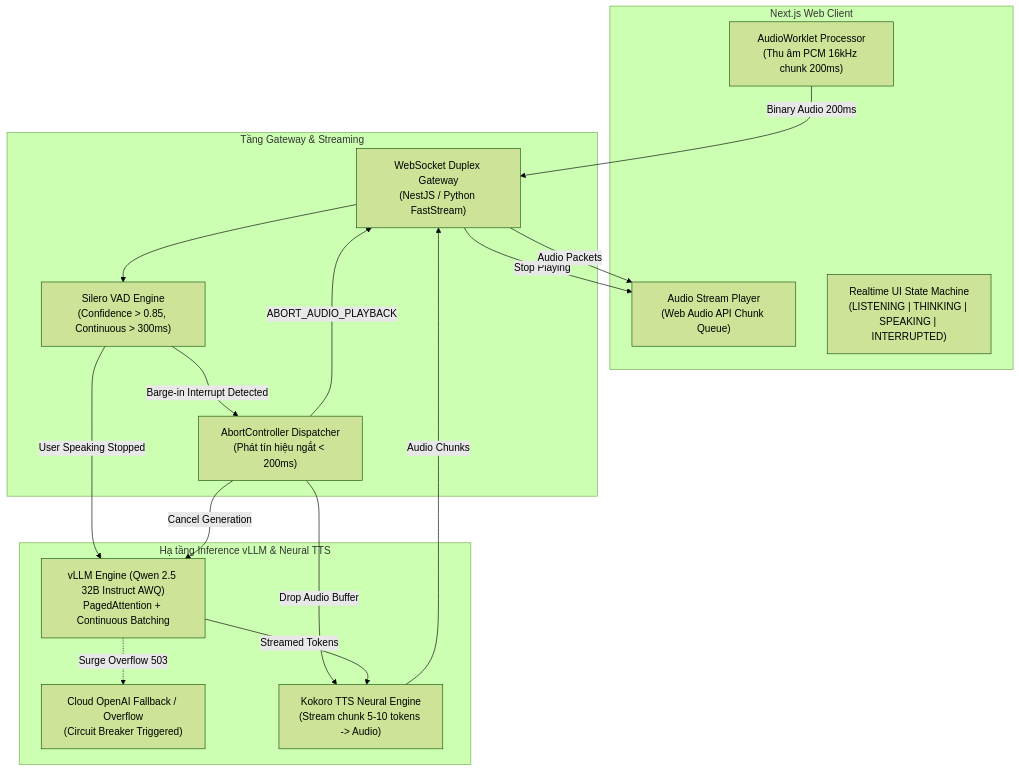
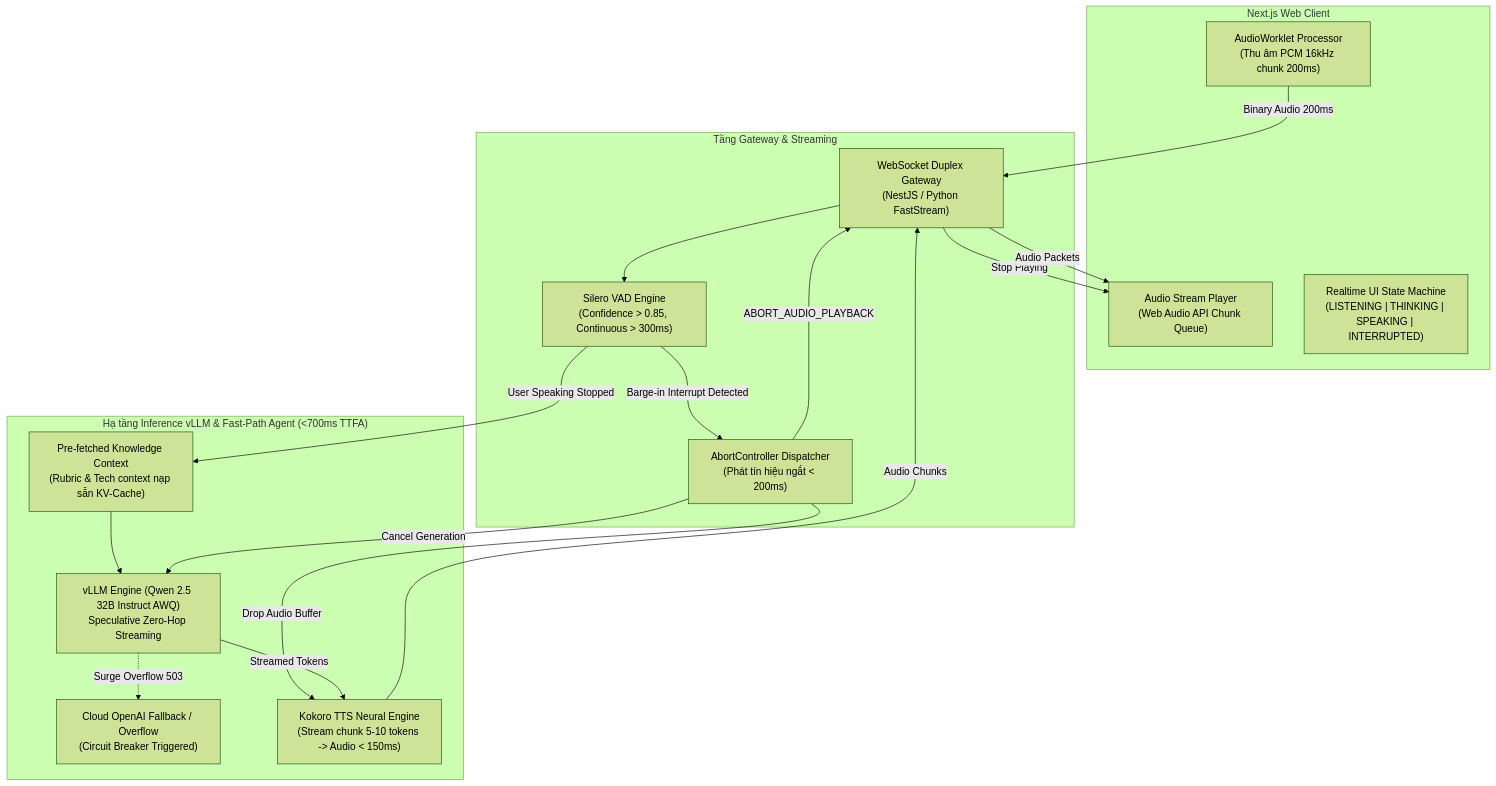
The diagram in docs/refactor-docs/04_PHASE_4_VLLM_SCALING/00_PHASE_4_OVERVIEW_AND_ARCHITECTURE.md (lethanhan01/interview-coach), drawn with Mermaid (forest theme) before and after one commit. The commit also changed other lines of this file and 17 other files, not shown here.

````diff
--- a/docs/refactor-docs/04_PHASE_4_VLLM_SCALING/00_PHASE_4_OVERVIEW_AND_ARCHITECTURE.md
+++ b/docs/refactor-docs/04_PHASE_4_VLLM_SCALING/00_PHASE_4_OVERVIEW_AND_ARCHITECTURE.md
@@ -16,34 +16,36 @@
 ```mermaid
 graph TD
     subgraph Client["Next.js Web Client"]
         AW["AudioWorklet Processor<br/>(Thu âm PCM 16kHz chunk 200ms)"]
         AP["Audio Stream Player<br/>(Web Audio API Chunk Queue)"]
         UI["Realtime UI State Machine<br/>(LISTENING | THINKING | SPEAKING | INTERRUPTED)"]
     end
 
     subgraph Gateways["Tầng Gateway & Streaming"]
         WS["WebSocket Duplex Gateway<br/>(NestJS / Python FastStream)"]
         VAD["Silero VAD Engine<br/>(Confidence > 0.85, Continuous > 300ms)"]
         AbortMgr["AbortController Dispatcher<br/>(Phát tín hiệu ngắt < 200ms)"]
     end
 
-    subgraph ComputeEngine["Hạ tầng Inference vLLM & Neural TTS"]
-        vLLM["vLLM Engine (Qwen 2.5 32B Instruct AWQ)<br/>PagedAttention + Continuous Batching"]
+    subgraph FastPathEngine["Hạ tầng Inference vLLM & Fast-Path Agent (<700ms TTFA)"]
+        PreFetch["Pre-fetched Knowledge Context<br/>(Rubric & Tech context nạp sẵn KV-Cache)"]
+        vLLM["vLLM Engine (Qwen 2.5 32B Instruct AWQ)<br/>Speculative Zero-Hop Streaming"]
         CloudLLM["Cloud OpenAI Fallback / Overflow<br/>(Circuit Breaker Triggered)"]
-        Kokoro["Kokoro TTS Neural Engine<br/>(Stream chunk 5-10 tokens -> Audio)"]
+        Kokoro["Kokoro TTS Neural Engine<br/>(Stream chunk 5-10 tokens -> Audio < 150ms)"]
     end
 
     AW -->|Binary Audio 200ms| WS
     WS --> VAD
-    VAD -->|User Speaking Stopped| vLLM
+    VAD -->|User Speaking Stopped| PreFetch
+    PreFetch --> vLLM
     VAD -->|Barge-in Interrupt Detected| AbortMgr
     AbortMgr -->|Cancel Generation| vLLM
     AbortMgr -->|Drop Audio Buffer| Kokoro
     AbortMgr -->|ABORT_AUDIO_PLAYBACK| WS
     WS -->|Stop Playing| AP
 
     vLLM -->|Streamed Tokens| Kokoro
     vLLM -.->|Surge Overflow 503| CloudLLM
     Kokoro -->|Audio Chunks| WS
     WS -->|Audio Packets| AP
 ```
````
